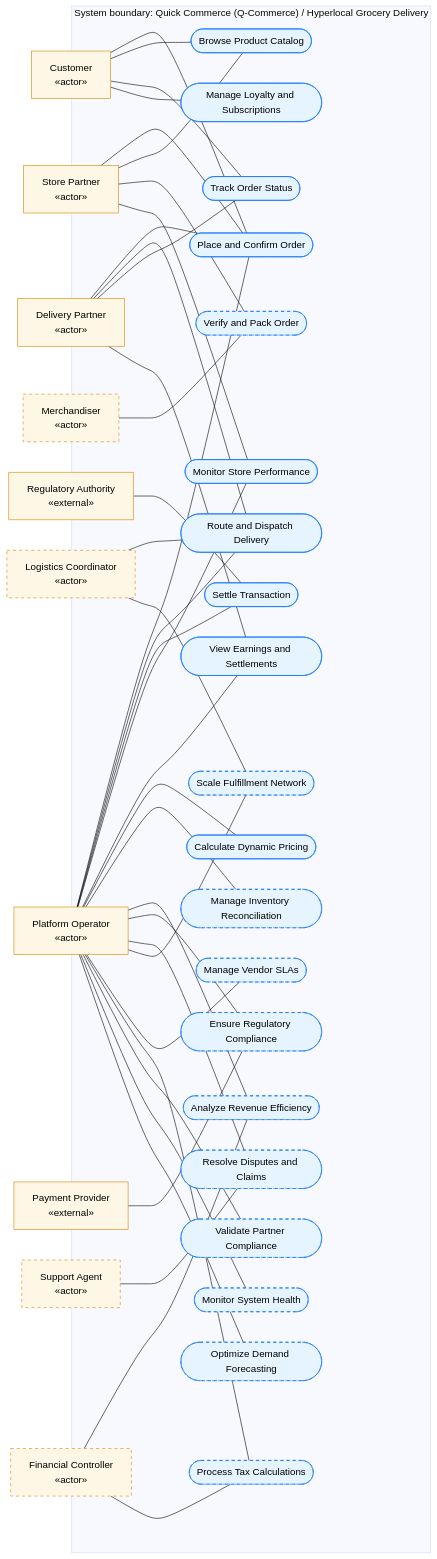
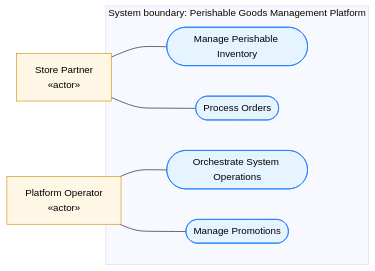
The diagram in app/utils/appflowgeneratorAI/aiOutput/diagrams/ai/01_use_case_diagram.md (matt212/Domain-Agnostic-Application-Engineering-Platform), drawn with Mermaid (base theme) before and after one commit. The commit also changed other lines of this file and 18 other files, not shown here.

````diff
--- a/app/utils/appflowgeneratorAI/aiOutput/diagrams/ai/01_use_case_diagram.md
+++ b/app/utils/appflowgeneratorAI/aiOutput/diagrams/ai/01_use_case_diagram.md
@@ -132,75 +15,19 @@
 ```mermaid
 flowchart LR
-  a_a1["Customer<br/>«actor»"]:::actor
-  a_a2["Delivery Partner<br/>«actor»"]:::actor
-  a_a3["Store Partner<br/>«actor»"]:::actor
-  a_a4["Platform Operator<br/>«actor»"]:::actor
-  a_a5["Merchandiser<br/>«actor»"]:::actorInf
-  a_a6["Regulatory Authority<br/>«external»"]:::actor
-  a_a7["Payment Provider<br/>«external»"]:::actor
-  a_a8["Logistics Coordinator<br/>«actor»"]:::actorInf
-  a_a9["Financial Controller<br/>«actor»"]:::actorInf
-  a_a10["Support Agent<br/>«actor»"]:::actorInf
-  subgraph SYS["System boundary: Quick Commerce (Q-Commerce) / Hyperlocal Grocery Delivery"]
-    u_u1(["Place and Confirm Order"]):::uc
-    u_u2(["Browse Product Catalog"]):::uc
-    u_u3(["Route and Dispatch Delivery"]):::uc
-    u_u4(["Track Order Status"]):::uc
-    u_u5(["Verify and Pack Order"]):::ucInf
-    u_u6(["Settle Transaction"]):::uc
-    u_u7(["Monitor Store Performance"]):::uc
-    u_u8(["View Earnings and Settlements"]):::uc
-    u_u9(["Manage Loyalty and Subscriptions"]):::uc
-    u_u10(["Calculate Dynamic Pricing"]):::uc
-    u_u11(["Manage Inventory Reconciliation"]):::ucInf
-    u_u12(["Analyze Revenue Efficiency"]):::ucInf
-    u_u13(["Ensure Regulatory Compliance"]):::ucInf
-    u_u14(["Resolve Disputes and Claims"]):::ucInf
-    u_u15(["Scale Fulfillment Network"]):::ucInf
-    u_u16(["Manage Vendor SLAs"]):::ucInf
-    u_u17(["Process Tax Calculations"]):::ucInf
-    u_u18(["Validate Partner Compliance"]):::ucInf
-    u_u19(["Monitor System Health"]):::ucInf
-    u_u20(["Optimize Demand Forecasting"]):::ucInf
+  a_ACTOR_001["Store Partner<br/>«actor»"]:::actor
+  a_ACTOR_002["Platform Operator<br/>«actor»"]:::actor
+  subgraph SYS["System boundary: Perishable Goods Management Platform"]
+    u_UC_001(["Manage Perishable Inventory"]):::uc
+    u_UC_002(["Process Orders"]):::uc
+    u_UC_003(["Orchestrate System Operations"]):::uc
+    u_UC_004(["Manage Promotions"]):::uc
   end
-  a_a1 --- u_u1
-  a_a1 --- u_u2
-  a_a1 --- u_u4
-  a_a1 --- u_u9
-  a_a2 --- u_u1
-  a_a2 --- u_u3
-  a_a2 --- u_u4
-  a_a2 --- u_u8
-  a_a3 --- u_u1
-  a_a3 --- u_u2
-  a_a3 --- u_u5
-  a_a3 --- u_u7
-  a_a4 --- u_u1
-  a_a4 --- u_u3
-  a_a4 --- u_u6
-  a_a4 --- u_u7
-  a_a4 --- u_u8
-  a_a4 --- u_u10
-  a_a4 --- u_u11
-  a_a4 --- u_u12
-  a_a4 --- u_u13
-  a_a4 --- u_u14
-  a_a4 --- u_u15
-  a_a4 --- u_u16
-  a_a4 --- u_u17
-  a_a4 --- u_u18
-  a_a4 --- u_u19
-  a_a4 --- u_u20
-  a_a5 --- u_u5
-  a_a6 --- u_u6
-  a_a7 --- u_u13
-  a_a8 --- u_u3
-  a_a8 --- u_u15
-  a_a9 --- u_u12
-  a_a9 --- u_u17
-  a_a10 --- u_u14
+  a_ACTOR_001 --- u_UC_001
+  a_ACTOR_001 --- u_UC_002
+  a_ACTOR_002 --- u_UC_003
+  a_ACTOR_002 --- u_UC_004
   classDef actor fill:#fff7e6,stroke:#d48806,color:#000
   classDef actorInf fill:#fff7e6,stroke:#d48806,stroke-dasharray:5 5,color:#000
   classDef uc fill:#e6f4ff,stroke:#1677ff,color:#000
   classDef ucInf fill:#e6f4ff,stroke:#1677ff,stroke-dasharray:5 5,color:#000
 ```
````
